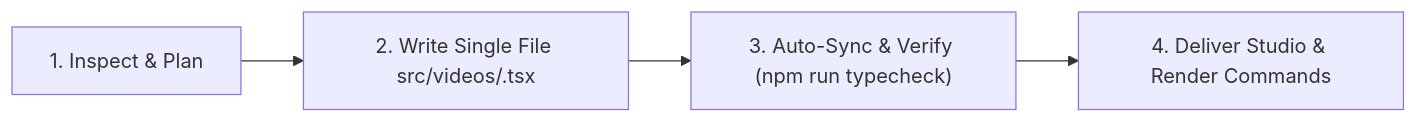
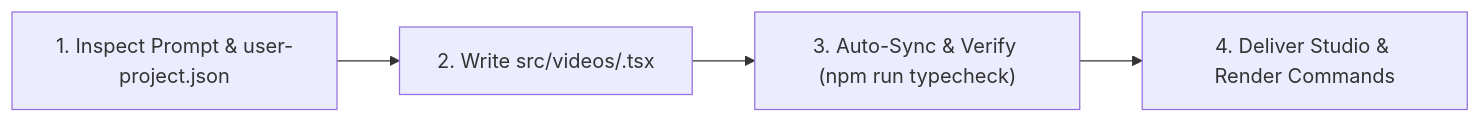
Before and after one commit to RiadDeveloper/motion-animation: the diagram in .agents/skills/director/SKILL.md, drawn with Mermaid. The commit also changed other lines of this file and 15 other files, not shown here.

````diff
--- a/.agents/skills/director/SKILL.md
+++ b/.agents/skills/director/SKILL.md
@@ -36,6 +46,6 @@
 ```mermaid
 flowchart LR
-    A["1. Inspect & Plan"] --> B["2. Write Single File src/videos/<project>.tsx"]
+    A["1. Inspect Prompt & user-project.json"] --> B["2. Write src/videos/<project>.tsx"]
     B --> C["3. Auto-Sync & Verify (npm run typecheck)"]
     C --> D["4. Deliver Studio & Render Commands"]
 ```
````
